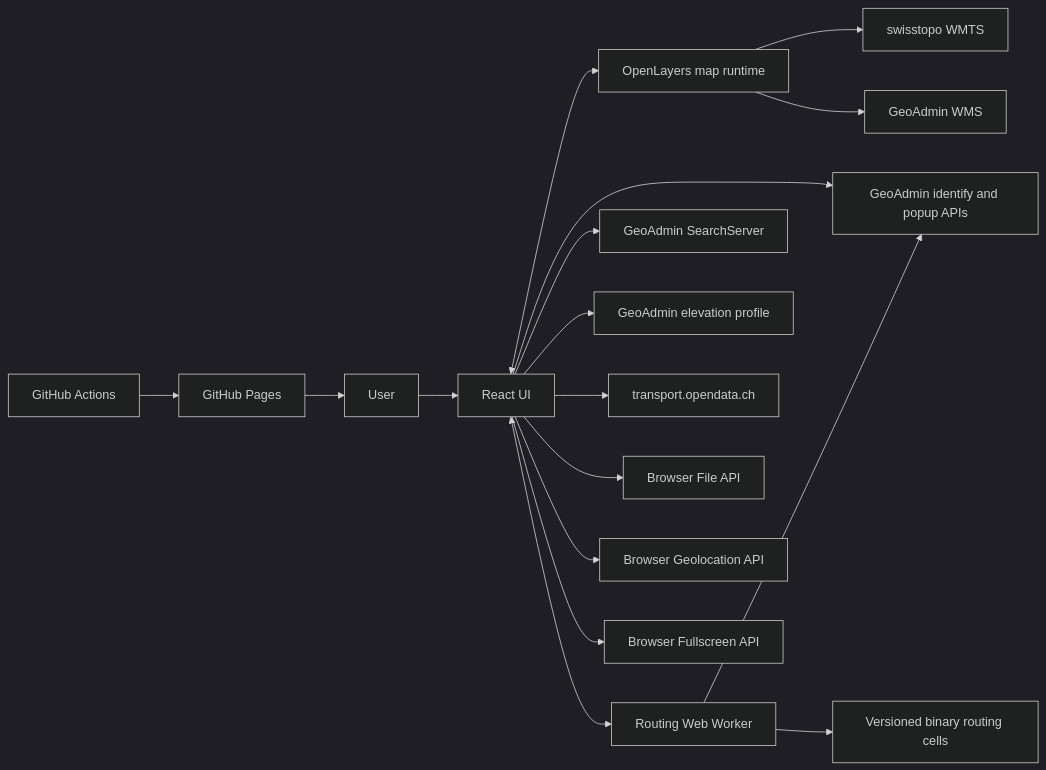
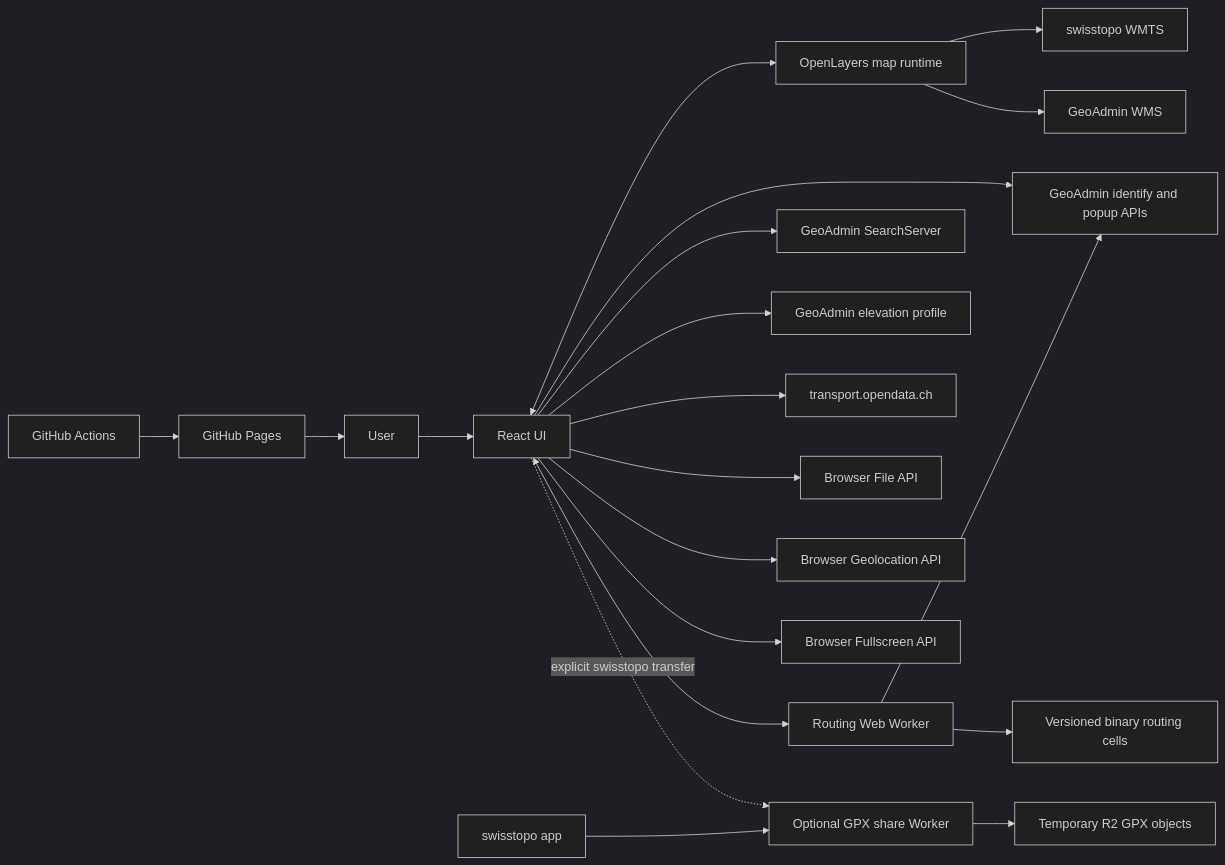
One commit to egofree71/via-helvetica changed the first of 5 diagrams in docs/ARCHITECTURE.md. Above: the diagram before and after it, drawn with Mermaid (dark theme). The commit also changed other lines of this file and 29 other files, not shown here.

````diff
--- a/docs/ARCHITECTURE.md
+++ b/docs/ARCHITECTURE.md
@@ -124,22 +151,25 @@
 ```mermaid
 flowchart LR
     User[User] --> UI[React UI]
     UI <--> Map[OpenLayers map runtime]
     UI <--> Worker[Routing Web Worker]
 
     Map --> WMTS[swisstopo WMTS]
     Map --> WMS[GeoAdmin WMS]
     UI --> Search[GeoAdmin SearchServer]
     UI --> Identify[GeoAdmin identify and popup APIs]
     UI --> Elevation[GeoAdmin elevation profile]
     UI --> Timetable[transport.opendata.ch]
     Worker --> Identify
     Worker --> RoutingData[Versioned binary routing cells]
 
     UI --> FileAPI[Browser File API]
     UI --> Geolocation[Browser Geolocation API]
     UI --> Fullscreen[Browser Fullscreen API]
+    UI -. explicit swisstopo transfer .-> ShareWorker[Optional GPX share Worker]
+    ShareWorker --> ShareR2[Temporary R2 GPX objects]
+    Swisstopo[swisstopo app] --> ShareWorker
 
     Build[GitHub Actions] --> Pages[GitHub Pages]
     Pages --> User
 ```
````
